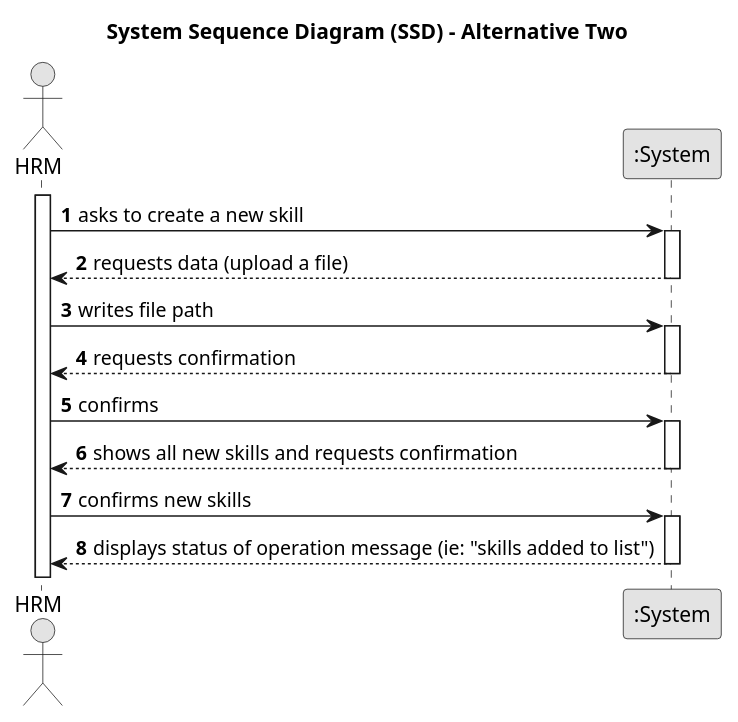
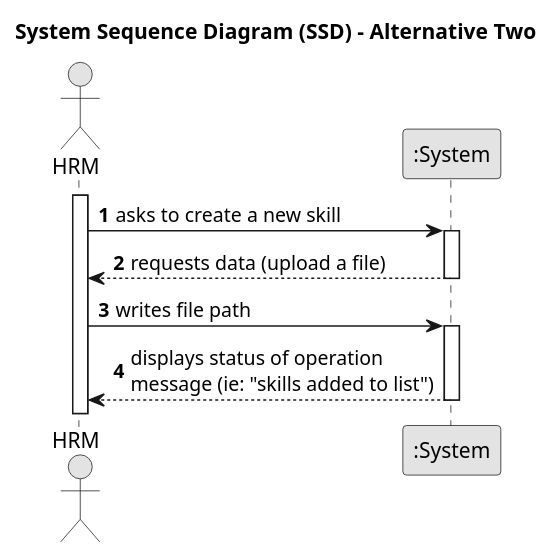
One commit to Departamento-de-Engenharia-Informatica/lei-24-s2-1do-g164 changed the diagram in docs/sprintB/us001/01.requirements-engineering/puml/us001-system-sequence-diagram-alternative-two.puml. Above: the diagram before and after it, drawn with PlantUML. The commit also changed 2 other files, not shown here.

Commit message:
US1(docs): changes the sequence diagrams relating to unnecessary confirmation requests

```diff
--- a/docs/sprintB/us001/01.requirements-engineering/puml/us001-system-sequence-diagram-alternative-two.puml
+++ b/docs/sprintB/us001/01.requirements-engineering/puml/us001-system-sequence-diagram-alternative-two.puml
@@ -1,39 +1,29 @@
 @startuml
 skinparam monochrome true
 skinparam packageStyle rectangle
 skinparam shadowing false
 
 title System Sequence Diagram (SSD) - Alternative Two
 
 autonumber
 
 actor "HRM" as Employee
 participant ":System" as System
 
 activate Employee
 
     Employee -> System : asks to create a new skill
     activate System
 
         System --> Employee : requests data (upload a file)
     deactivate System
 
     Employee -> System : writes file path
     activate System
 
-    Employee <-- System : requests confirmation
-    deactivate System
 
-    Employee -> System : confirms
-    activate System
 
-    System --> Employee : shows all new skills and requests confirmation
-    deactivate System
-
-    Employee -> System : confirms new skills
-    activate System
-
-    System --> Employee : displays status of operation message (ie: "skills added to list")
+    System --> Employee : displays status of operation \nmessage (ie: "skills added to list")
     deactivate System
 
 @enduml
```
